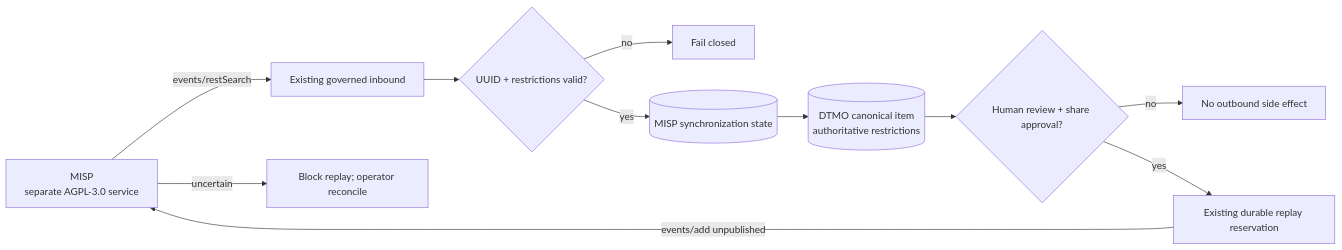
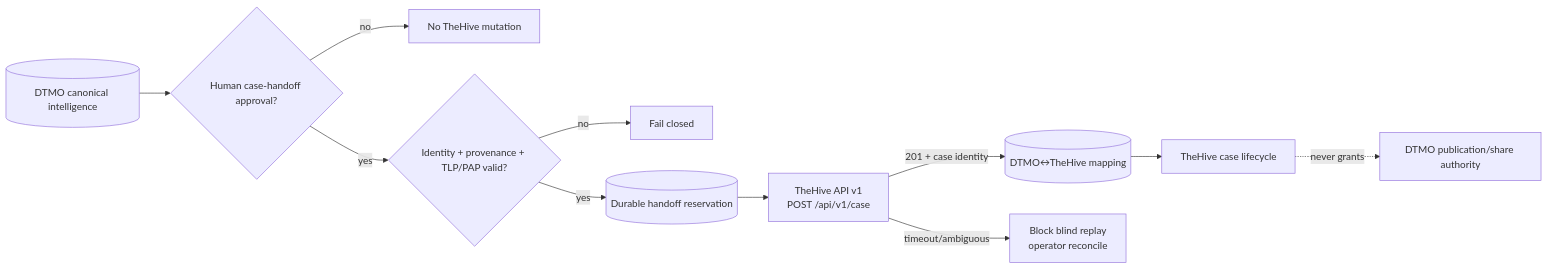
One commit to GJvManen/dtmo changed the second of 2 diagrams in docs/roadmap/PLATFORM_INDUSTRIALISATION_ROADMAP.md. Above: the diagram before and after it, drawn with Mermaid. The commit also changed other lines of this file, not shown here.

Commit message:
Advance roadmap to Phase 11.6 TheHive contract

````diff
--- a/docs/roadmap/PLATFORM_INDUSTRIALISATION_ROADMAP.md
+++ b/docs/roadmap/PLATFORM_INDUSTRIALISATION_ROADMAP.md
@@ -81,13 +88,13 @@
 ```mermaid
 flowchart LR
-    M[MISP\nseparate AGPL-3.0 service] -->|events/restSearch| R[Existing governed inbound]
-    R --> V{UUID + restrictions valid?}
+    D[(DTMO canonical intelligence)] --> A{Human case-handoff approval?}
+    A -->|no| N[No TheHive mutation]
+    A -->|yes| V{Identity + provenance + TLP/PAP valid?}
     V -->|no| X[Fail closed]
-    V -->|yes| S[(MISP synchronization state)]
-    S --> D[(DTMO canonical item\nauthoritative restrictions)]
-    D --> H{Human review + share approval?}
-    H -->|no| N[No outbound side effect]
-    H -->|yes| P[Existing durable replay reservation]
-    P -->|events/add unpublished| M
-    M -->|uncertain| U[Block replay; operator reconcile]
+    V -->|yes| R[(Durable handoff reservation)]
+    R --> C[TheHive API v1\nPOST /api/v1/case]
+    C -->|201 + case identity| M[(DTMO↔TheHive mapping)]
+    C -->|timeout/ambiguous| U[Block blind replay\noperator reconcile]
+    M --> H[TheHive case lifecycle]
+    H -. never grants .-> S[DTMO publication/share authority]
 ```
````
